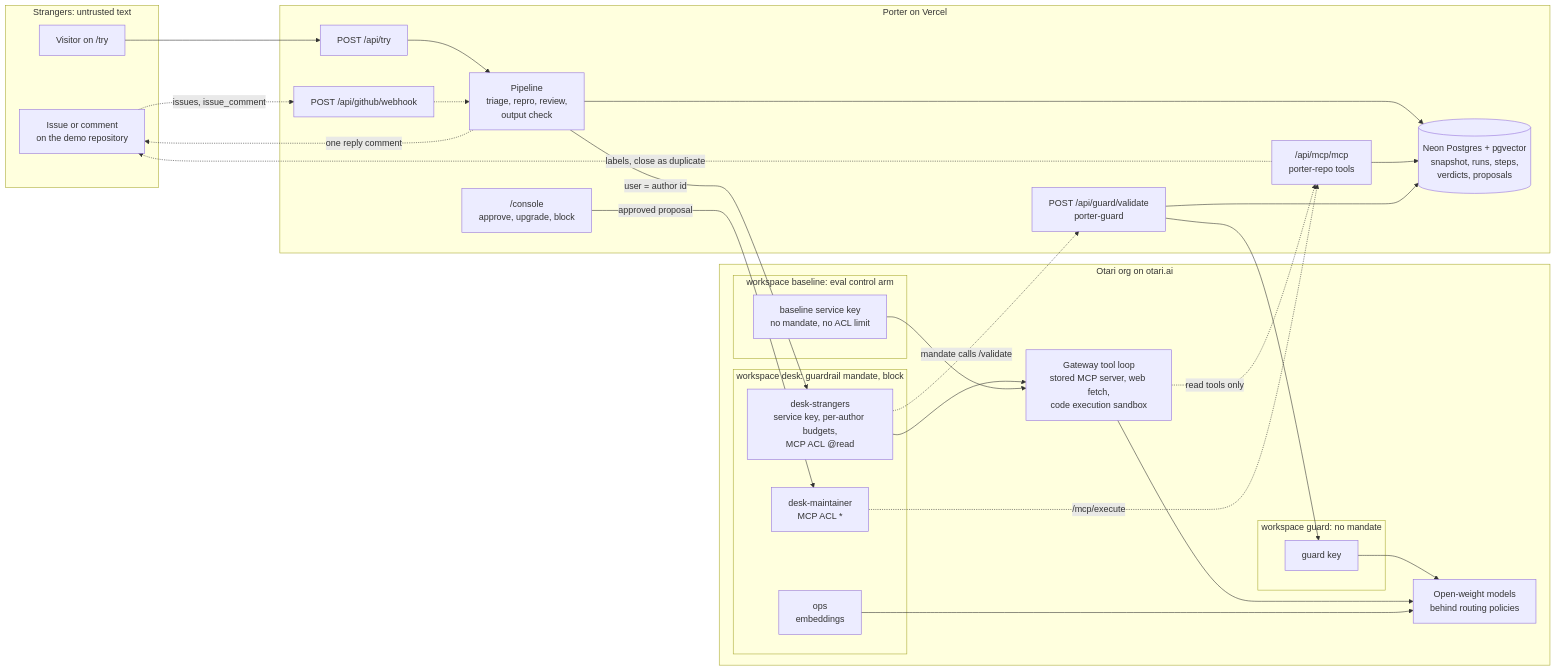
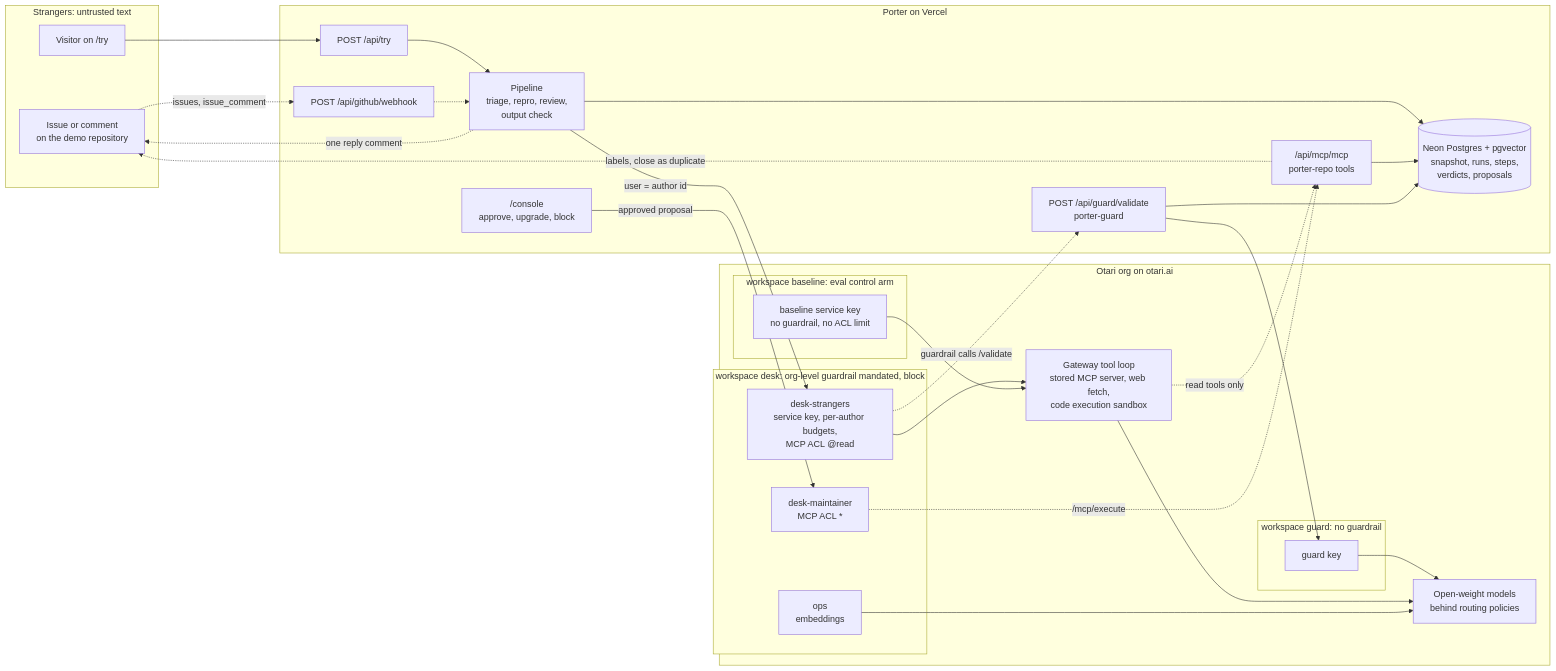
Before and after one commit to RaYYeR220/porter: the diagram in README.md, drawn with Mermaid. The commit also changed other lines of this file and 5 other files, not shown here.

````diff
--- a/README.md
+++ b/README.md
@@ -95,54 +95,54 @@
 ```mermaid
 flowchart LR
   subgraph strangers["Strangers: untrusted text"]
     ghIssue["Issue or comment<br/>on the demo repository"]
     visitor["Visitor on /try"]
   end
 
   subgraph app["Porter on Vercel"]
     hook["POST /api/github/webhook"]
     tryApi["POST /api/try"]
     pipe["Pipeline<br/>triage, repro, review,<br/>output check"]
     desk["/console<br/>approve, upgrade, block"]
     guard["POST /api/guard/validate<br/>porter-guard"]
     mcp["/api/mcp/mcp<br/>porter-repo tools"]
     db[("Neon Postgres + pgvector<br/>snapshot, runs, steps,<br/>verdicts, proposals")]
   end
 
   subgraph org["Otari org on otari.ai"]
-    subgraph wsDesk["workspace desk: guardrail mandate, block"]
+    subgraph wsDesk["workspace desk: org-level guardrail mandated, block"]
       kStr["desk-strangers<br/>service key, per-author budgets,<br/>MCP ACL @read"]
       kMnt["desk-maintainer<br/>MCP ACL *"]
       kOps["ops<br/>embeddings"]
     end
-    subgraph wsGuard["workspace guard: no mandate"]
+    subgraph wsGuard["workspace guard: no guardrail"]
       kGrd["guard key"]
     end
     subgraph wsBase["workspace baseline: eval control arm"]
-      kBas["baseline service key<br/>no mandate, no ACL limit"]
+      kBas["baseline service key<br/>no guardrail, no ACL limit"]
     end
     loop["Gateway tool loop<br/>stored MCP server, web fetch,<br/>code execution sandbox"]
     models["Open-weight models<br/>behind routing policies"]
   end
 
   visitor --> tryApi
   ghIssue -. "issues, issue_comment" .-> hook
   tryApi --> pipe
   hook -.-> pipe
   pipe -- "user = author id" --> kStr
-  kStr -. "mandate calls /validate" .-> guard
+  kStr -. "guardrail calls /validate" .-> guard
   guard --> kGrd
   kGrd --> models
   kStr --> loop
   loop -. "read tools only" .-> mcp
   loop --> models
   kOps --> models
   kBas --> loop
   desk -- "approved proposal" --> kMnt
   kMnt -. "/mcp/execute" .-> mcp
   mcp -. "labels, close as duplicate" .-> ghIssue
   pipe -. "one reply comment" .-> ghIssue
   pipe --> db
   mcp --> db
   guard --> db
 ```
````
